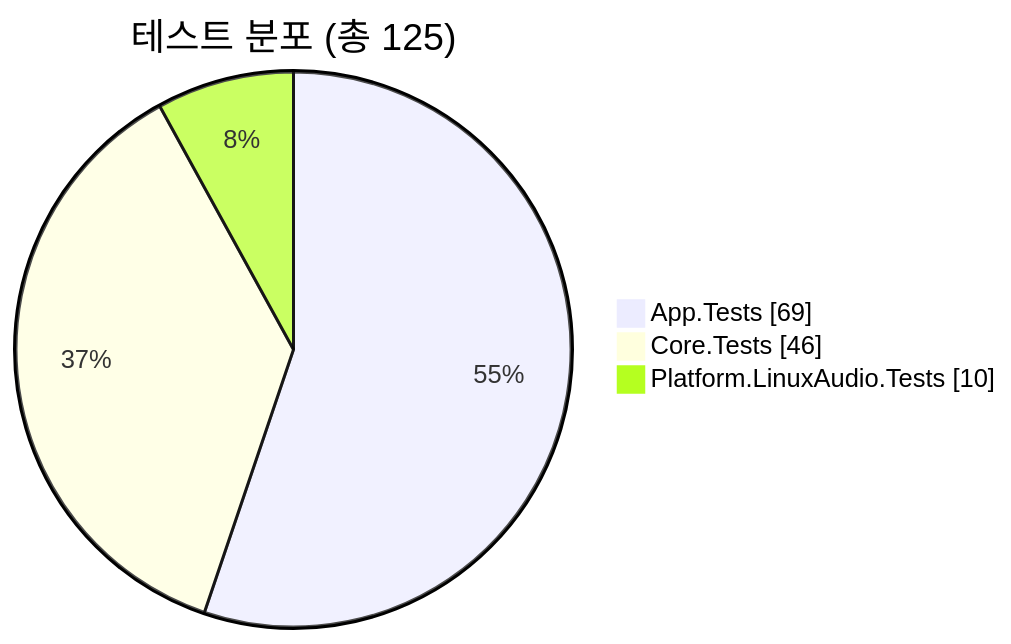
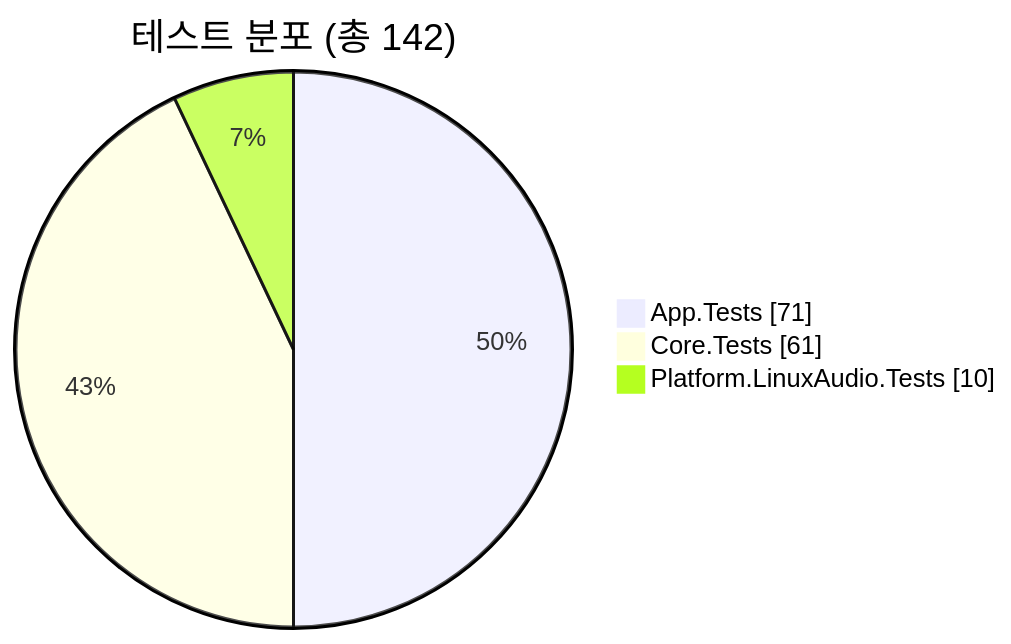
The fourth of 4 diagrams in README.md (Jae-hong-5/tg-dotnet), drawn with Mermaid before and after one commit. The commit also changed other lines of this file and 7 other files, not shown here.

````diff
--- a/README.md
+++ b/README.md
@@ -176,7 +176,7 @@
 ```mermaid
 pie showData
-    title 테스트 분포 (총 125)
-    "App.Tests" : 69
-    "Core.Tests" : 46
+    title 테스트 분포 (총 142)
+    "App.Tests" : 71
+    "Core.Tests" : 61
     "Platform.LinuxAudio.Tests" : 10
 ```
````
